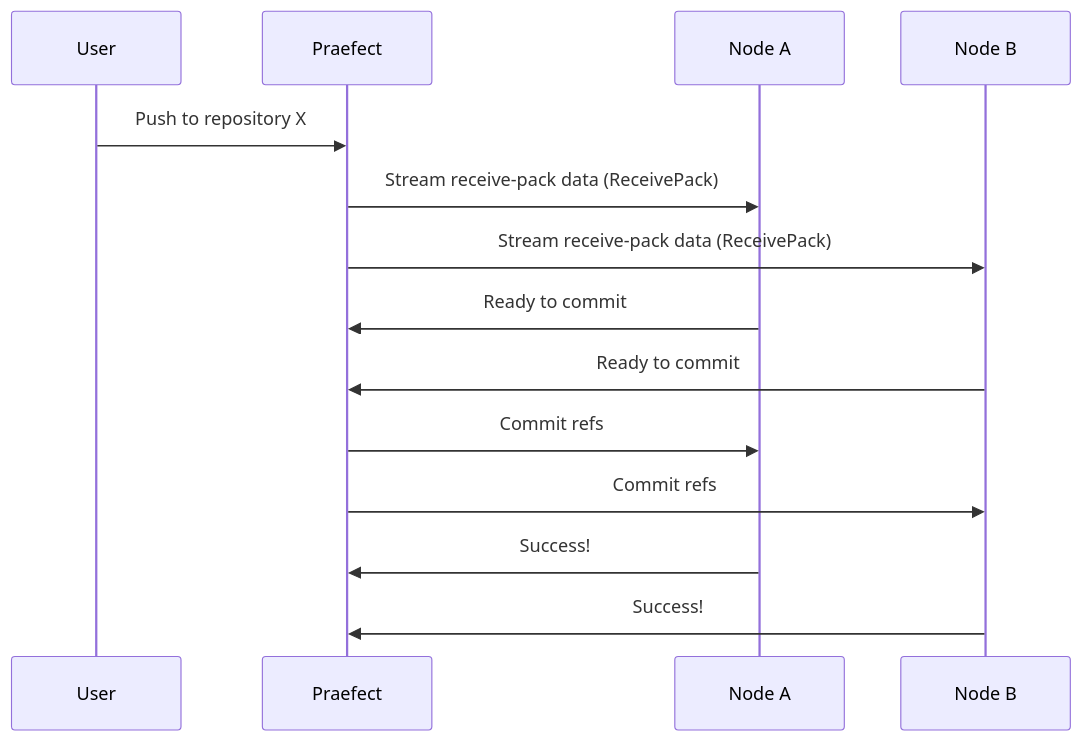
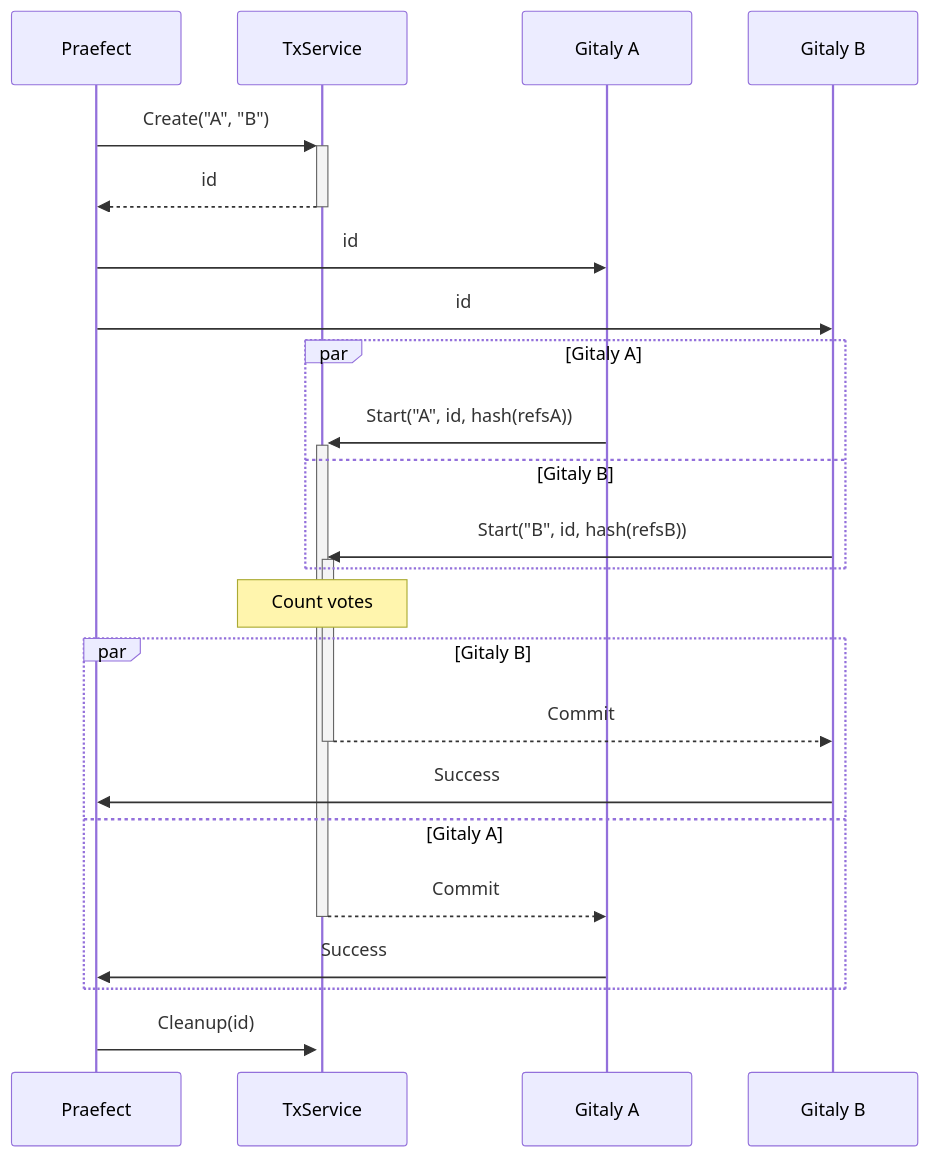
Before and after one commit to k00mi/gitaly: the seventh of 7 diagrams in doc/design_ha.md, drawn with Mermaid. The commit also changed other lines of this file, not shown here.

First line of the commit message:
doc: Document design of strong consistency via pre-receive hook

````diff
--- a/doc/design_ha.md
+++ b/doc/design_ha.md
@@ -224,12 +318,25 @@
 ```mermaid
 sequenceDiagram
-    User->>Praefect: Push to repository X
-    Praefect->>Node A: Stream receive-pack data (ReceivePack)
-    Praefect->>Node B: Stream receive-pack data (ReceivePack)
-    Node A->>Praefect: Ready to commit
-    Node B->>Praefect: Ready to commit
-    Praefect->>Node A: Commit refs
-    Praefect->>Node B: Commit refs
-    Node A->>Praefect: Success!
-    Node B->>Praefect: Success!
+  Praefect->>+TxService: Create("A", "B")
+  TxService-->>-Praefect: id
+  Praefect->>Gitaly A: id
+  Praefect->>Gitaly B: id
+
+  par Gitaly A
+    Gitaly A->>+TxService: Start("A", id, hash(refsA))
+  and Gitaly B
+    Gitaly B->>+TxService: Start("B", id, hash(refsB))
+  end
+
+  Note over TxService: Count votes
+
+  par Gitaly B
+    TxService-->>-Gitaly B: Commit
+    Gitaly B->>Praefect: Success
+  and Gitaly A
+    TxService-->>-Gitaly A: Commit
+    Gitaly A->>Praefect: Success
+  end
+
+  Praefect->>+TxService: Cleanup(id)
 ```
````
